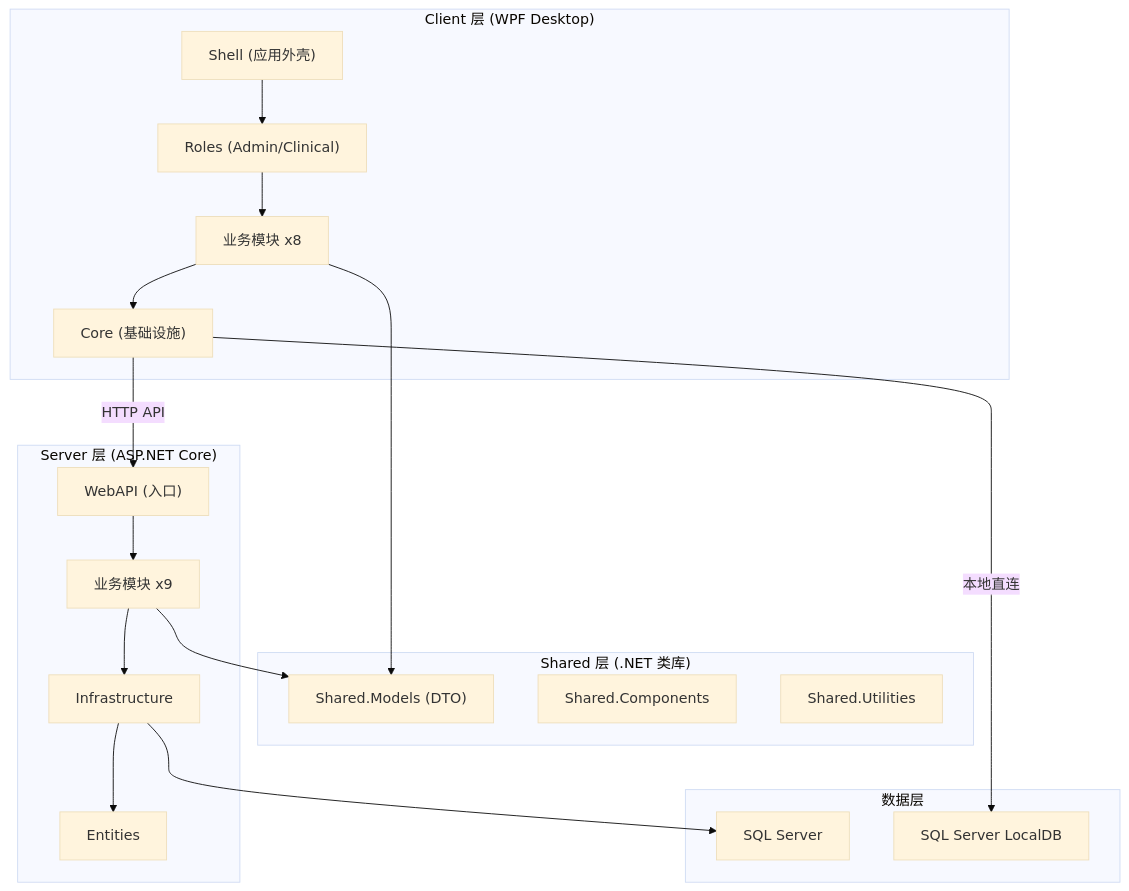
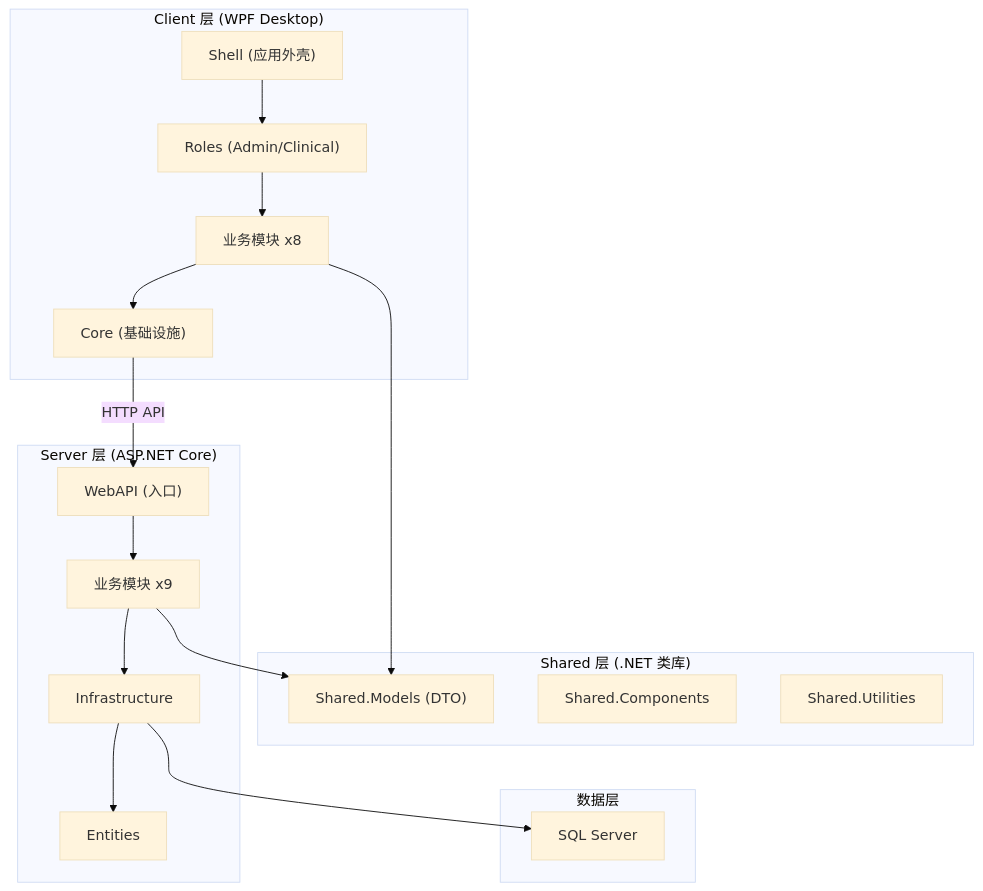
The first of 5 diagrams in docs/03-architecture/system-overview.md (shouqitao/LYBTZYZS), drawn with Mermaid (base theme) before and after one commit. The commit also changed other lines of this file and 78 other files, not shown here.

````diff
--- a/docs/03-architecture/system-overview.md
+++ b/docs/03-architecture/system-overview.md
@@ -9,35 +9,33 @@
 ```mermaid
 graph TB
     subgraph Client["Client 层 (WPF Desktop)"]
         Shell["Shell (应用外壳)"]
         Roles["Roles (Admin/Clinical)"]
         Modules_C["业务模块 x8"]
         Core_C["Core (基础设施)"]
         Shell --> Roles --> Modules_C --> Core_C
     end
 
     subgraph Shared["Shared 层 (.NET 类库)"]
         Models["Shared.Models (DTO)"]
         Components["Shared.Components"]
         Utilities["Shared.Utilities"]
     end
 
     subgraph Server["Server 层 (ASP.NET Core)"]
         WebAPI["WebAPI (入口)"]
         Modules_S["业务模块 x9"]
         Infra["Infrastructure"]
         Entities["Entities"]
         WebAPI --> Modules_S --> Infra --> Entities
     end
 
     subgraph Data["数据层"]
         SQLServer["SQL Server"]
-        LocalDB["SQL Server LocalDB"]
     end
 
     Core_C -->|"HTTP API"| WebAPI
-    Core_C -->|"本地直连"| LocalDB
     Modules_C --> Models
     Modules_S --> Models
     Infra --> SQLServer
 ```
````
